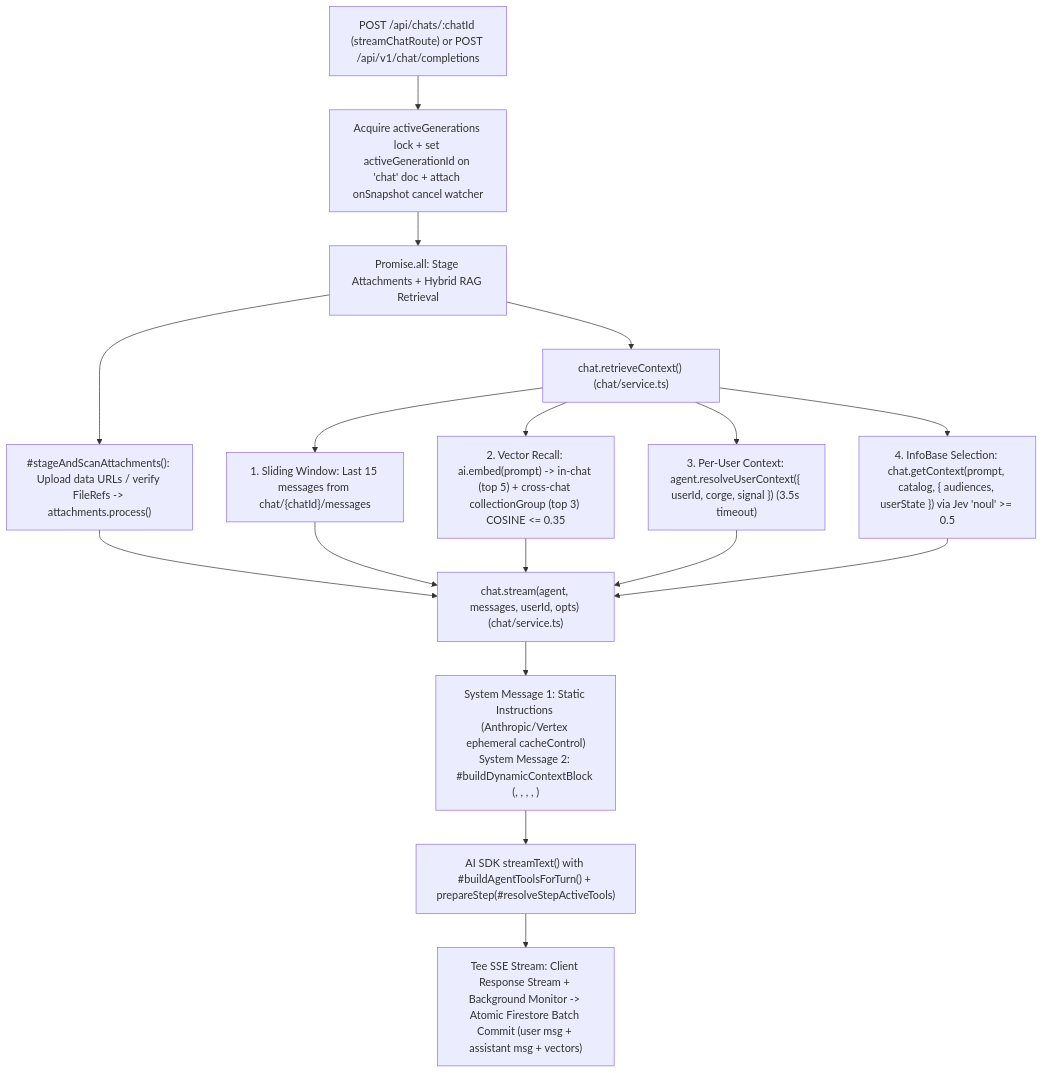
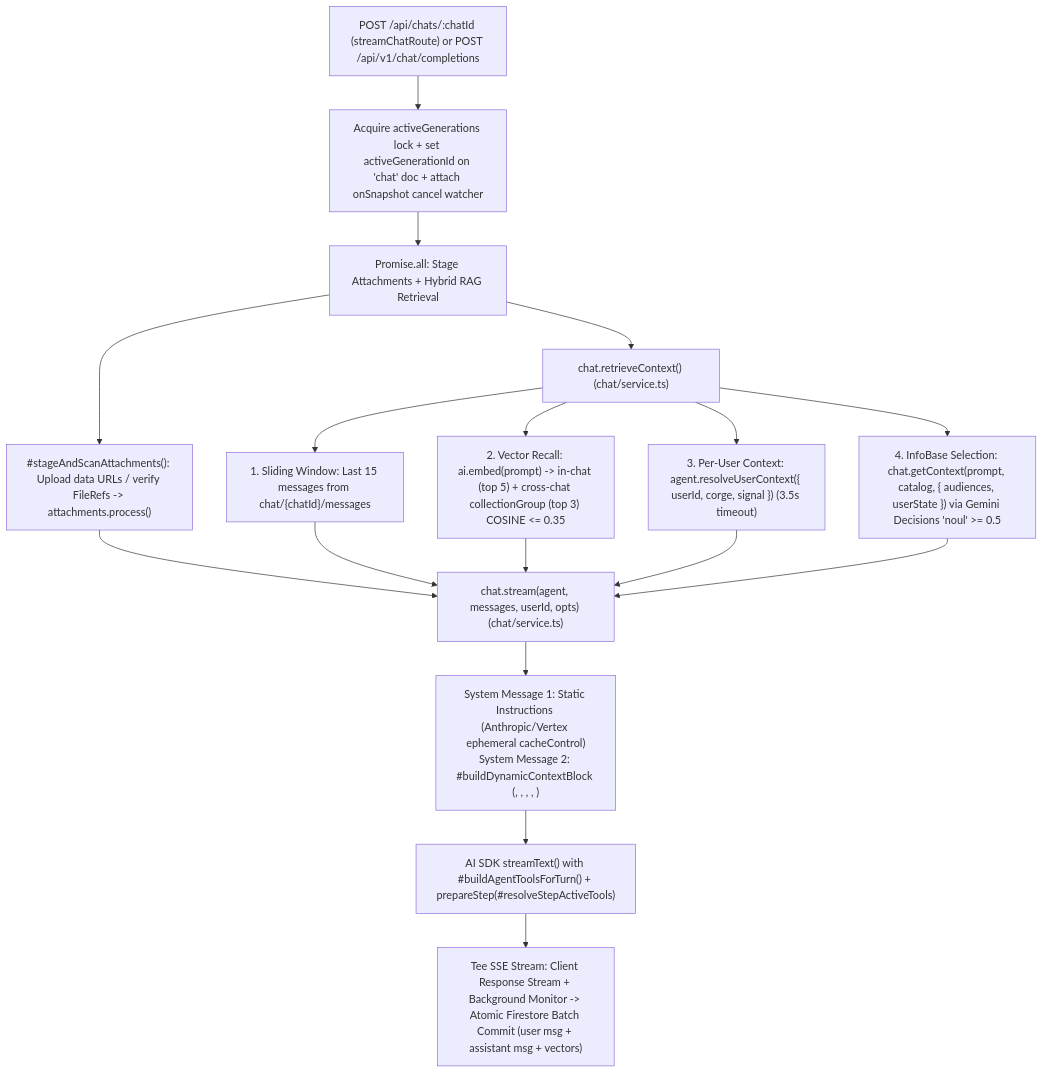
Before and after one commit to corgelabs/corge: the fourth of 5 diagrams in docs/SPEC.md, drawn with Mermaid. The commit also changed other lines of this file and 18 other files, not shown here.

Commit message:
feat(ai)!: migrate OCR and decisions to Google Document AI and Gemini Decisions API

````diff
--- a/docs/SPEC.md
+++ b/docs/SPEC.md
@@ -480,18 +482,18 @@
 ```mermaid
 flowchart TD
   Client["POST /api/chats/:chatId (streamChatRoute) or POST /api/v1/chat/completions"] --> Lock["Acquire activeGenerations lock + set activeGenerationId on 'chat' doc + attach onSnapshot cancel watcher"]
   Lock --> ParallelPrep["Promise.all: Stage Attachments + Hybrid RAG Retrieval"]
 
   ParallelPrep --> Stage["#stageAndScanAttachments(): Upload data URLs / verify FileRefs -> attachments.process()"]
   ParallelPrep --> Hybrid["chat.retrieveContext() (chat/service.ts)"]
 
   Hybrid --> H1["1. Sliding Window: Last 15 messages from chat/{chatId}/messages"]
   Hybrid --> H2["2. Vector Recall: ai.embed(prompt) -> in-chat (top 5) + cross-chat collectionGroup (top 3) COSINE <= 0.35"]
   Hybrid --> H3["3. Per-User Context: agent.resolveUserContext({ userId, corge, signal }) (3.5s timeout)"]
-  Hybrid --> H4["4. InfoBase Selection: chat.getContext(prompt, catalog, { audiences, userState }) via Jev 'noul' >= 0.5"]
+  Hybrid --> H4["4. InfoBase Selection: chat.getContext(prompt, catalog, { audiences, userState }) via Gemini Decisions 'noul' >= 0.5"]
 
   Stage & H1 & H2 & H3 & H4 --> RunAgent["chat.stream(agent, messages, userId, opts) (chat/service.ts)"]
   RunAgent --> SysPrompts["System Message 1: Static Instructions (Anthropic/Vertex ephemeral cacheControl)\nSystem Message 2: #buildDynamicContextBlock (<user_state>, <user_records>, <recalled_memory>, <infobase_context>, <staged_attachments>)"]
   SysPrompts --> StreamText["AI SDK streamText() with #buildAgentToolsForTurn() + prepareStep(#resolveStepActiveTools)"]
   StreamText --> Tee["Tee SSE Stream: Client Response Stream + Background Monitor -> Atomic Firestore Batch Commit (user msg + assistant msg + vectors)"]
 ```
````
